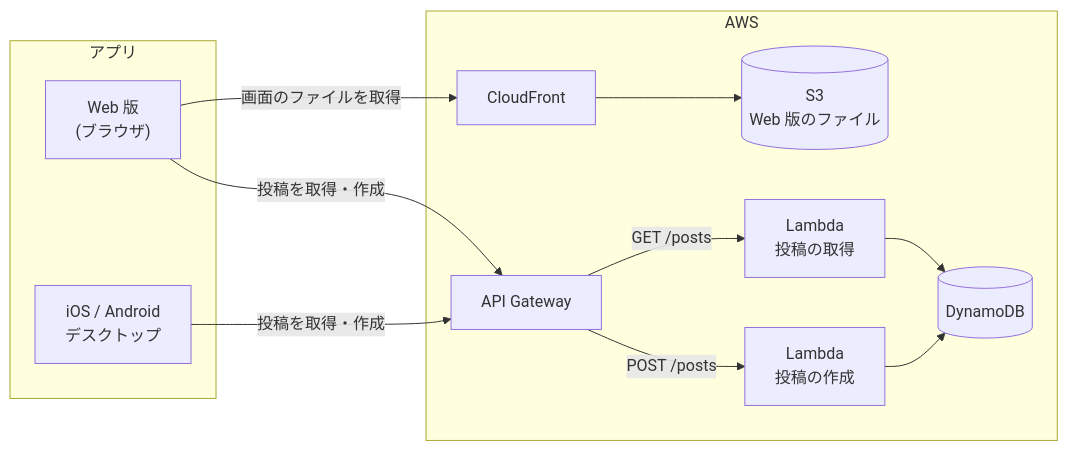
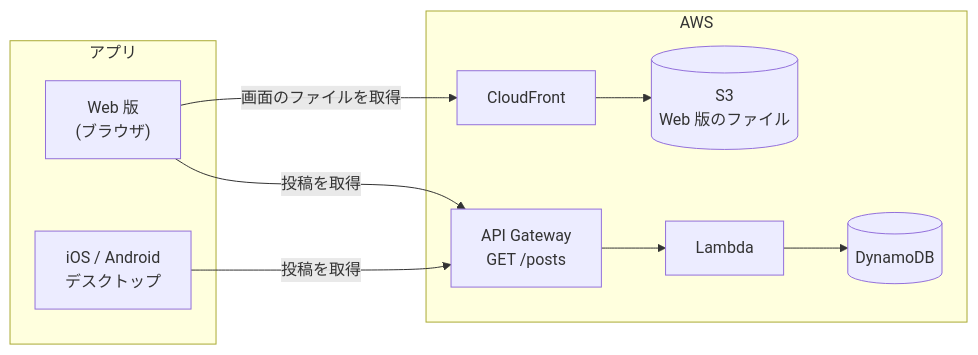
The diagram in README.md (diapp0227/zero-chat), drawn with Mermaid before and after one commit.

Commit message:
Restore the previous system diagram in README

````diff
--- a/README.md
+++ b/README.md
@@ -36,20 +36,16 @@
 ```mermaid
 flowchart LR
     subgraph Clients[アプリ]
         Mobile["iOS / Android<br/>デスクトップ"]
         Browser["Web 版<br/>(ブラウザ)"]
     end
 
     subgraph AWS
         CF[CloudFront] --> S3[(S3<br/>Web 版のファイル)]
-        APIGW["API Gateway"]
-        APIGW -->|GET /posts| GetLambda["Lambda<br/>投稿の取得"]
-        APIGW -->|POST /posts| CreateLambda["Lambda<br/>投稿の作成"]
-        GetLambda --> DDB[(DynamoDB)]
-        CreateLambda --> DDB
+        APIGW["API Gateway<br/>GET /posts"] --> Lambda[Lambda] --> DDB[(DynamoDB)]
     end
 
     Browser -->|画面のファイルを取得| CF
-    Browser -->|投稿を取得・作成| APIGW
-    Mobile -->|投稿を取得・作成| APIGW
+    Browser -->|投稿を取得| APIGW
+    Mobile -->|投稿を取得| APIGW
 ```
````
